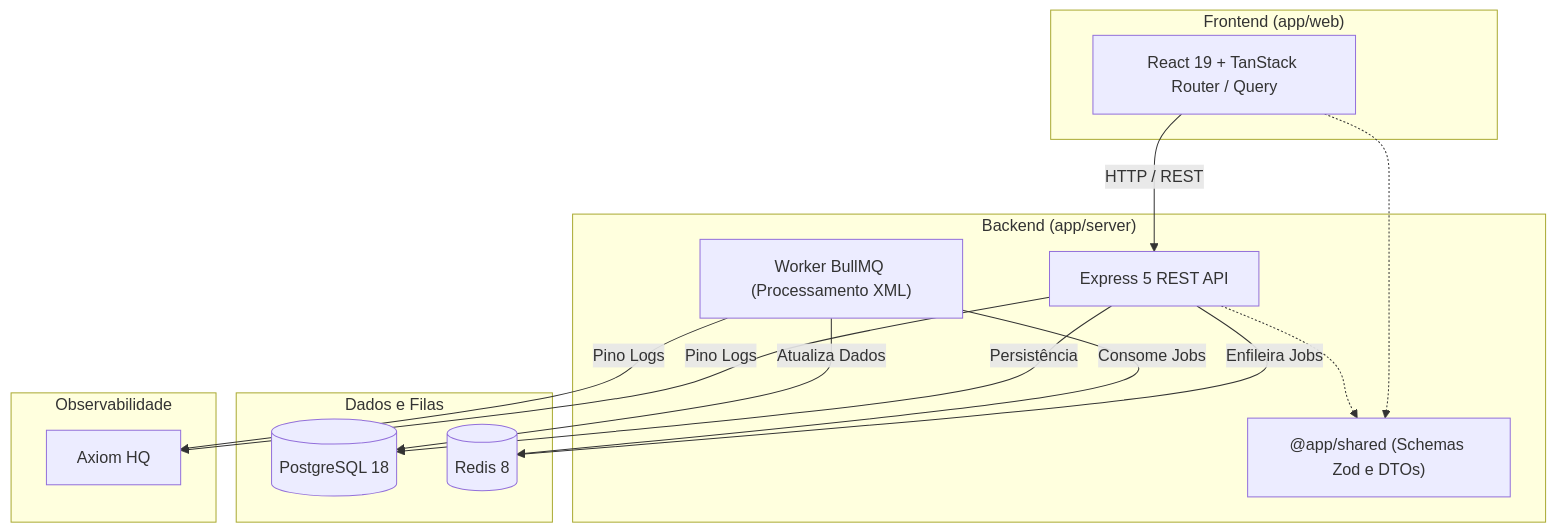
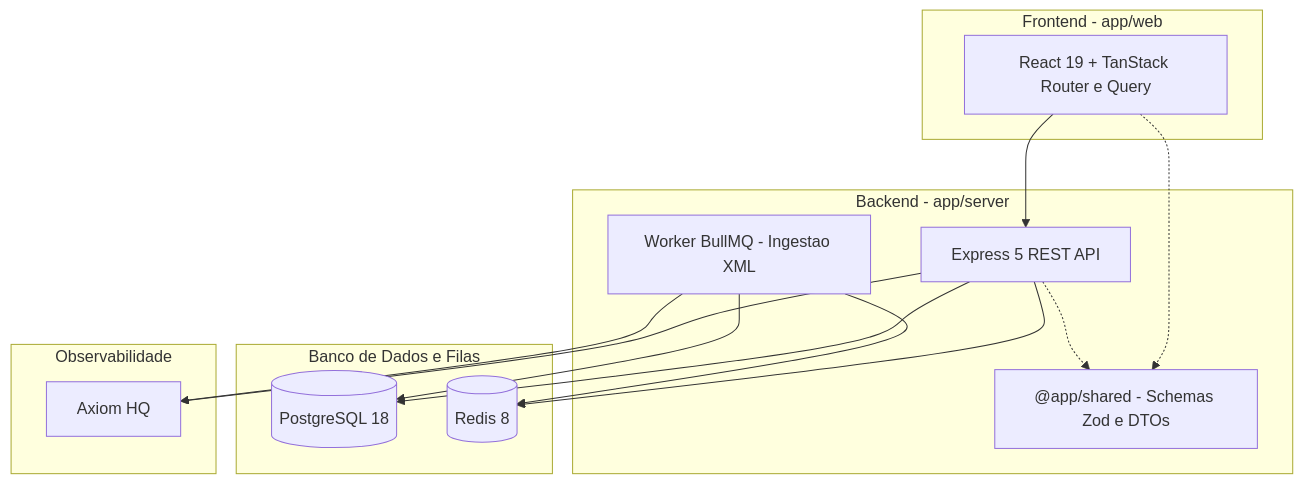
The diagram in README.md (gabrielberlucci/trace), drawn with Mermaid before and after one commit.

Commit message:
fix(docs): fix Mermaid diagram syntax for GitHub parser

````diff
--- a/README.md
+++ b/README.md
@@ -73,30 +73,31 @@
 ```mermaid
 flowchart TD
-    subgraph Client ["Frontend (app/web)"]
-        UI["React 19 + TanStack Router / Query"]
+    subgraph Client ["Frontend - app/web"]
+        UI["React 19 + TanStack Router e Query"]
     end
 
-    subgraph Backend ["Backend (app/server)"]
+    subgraph Backend ["Backend - app/server"]
         API["Express 5 REST API"]
-        Shared["@app/shared (Schemas Zod e DTOs)"]
-        Worker["Worker BullMQ (Processamento XML)"]
+        Shared["@app/shared - Schemas Zod e DTOs"]
+        Worker["Worker BullMQ - Ingestao XML"]
     end
 
-    subgraph Infra ["Dados e Filas"]
+    subgraph Infra ["Banco de Dados e Filas"]
         DB[("PostgreSQL 18")]
         Redis[("Redis 8")]
     end
 
     subgraph Logs ["Observabilidade"]
         Axiom["Axiom HQ"]
     end
 
-    UI -->|HTTP / REST| API
+    UI --> API
     UI -.-> Shared
     API -.-> Shared
-    API -->|Persistência| DB
-    API -->|Enfileira Jobs| Redis
-    Worker -->|Consome Jobs| Redis
-    Worker -->|Atualiza Dados| DB
-    API & Worker -->|Pino Logs| Axiom
+    API --> DB
+    API --> Redis
+    Worker --> Redis
+    Worker --> DB
+    API --> Axiom
+    Worker --> Axiom
 ```
````
